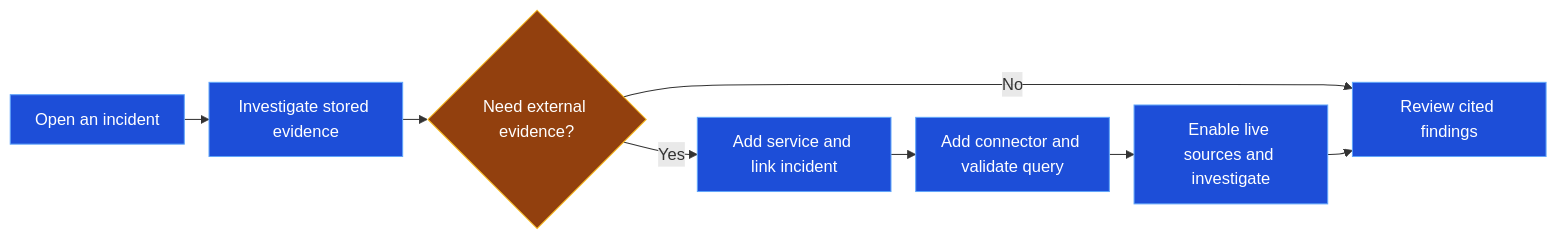
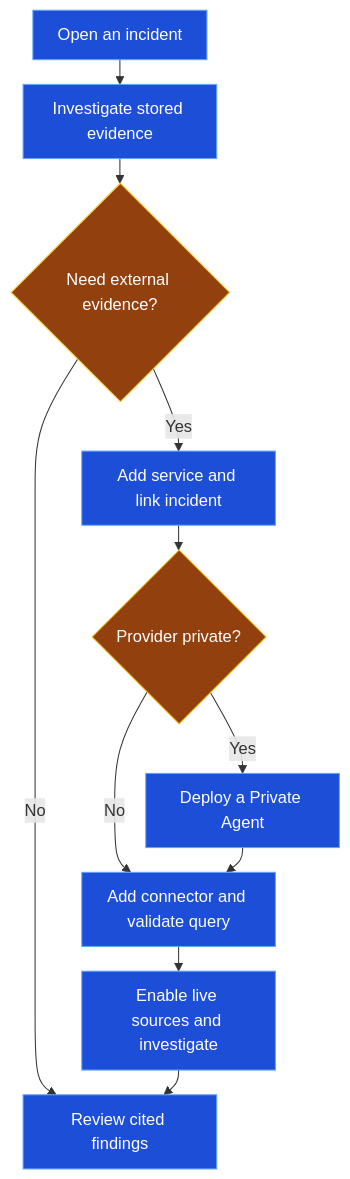
The diagram in docs/content/docs/app/admin/ai-sre-setup.mdx (supercheck-io/supercheck), drawn with Mermaid before and after one commit. The commit also changed other lines of this file and 40 other files, not shown here.

````diff
--- a/docs/content/docs/app/admin/ai-sre-setup.mdx
+++ b/docs/content/docs/app/admin/ai-sre-setup.mdx
@@ -117,16 +110,19 @@
 ```mermaid
 %%{init: {"flowchart":{"nodeSpacing":20,"rankSpacing":24,"padding":12,"wrappingWidth":140}}}%%
-flowchart LR
+flowchart TB
     Incident[Open an incident] --> Native[Investigate stored evidence]
     Native --> Need{Need external evidence?}
-    Need -->|No|Review[Review cited findings]
-    Need -->|Yes|Services[Add service and link incident]
-    Services --> Connectors[Add connector and validate query]
+    Need -->|No| Review[Review cited findings]
+    Need -->|Yes| Services[Add service and link incident]
+    Services --> Private{Provider private?}
+    Private -->|Yes| Agent[Deploy a Private Agent]
+    Private -->|No| Connectors[Add connector and validate query]
+    Agent --> Connectors
     Connectors --> Live[Enable live sources and investigate]
     Live --> Review
 
     classDef action fill:#1d4ed8,stroke:#60a5fa,color:#fff
     classDef decision fill:#92400e,stroke:#fbbf24,color:#fff
-    class Incident,Native,Services,Connectors,Live,Review action
-    class Need decision
+    class Incident,Native,Services,Agent,Connectors,Live,Review action
+    class Need,Private decision
 ```
````
